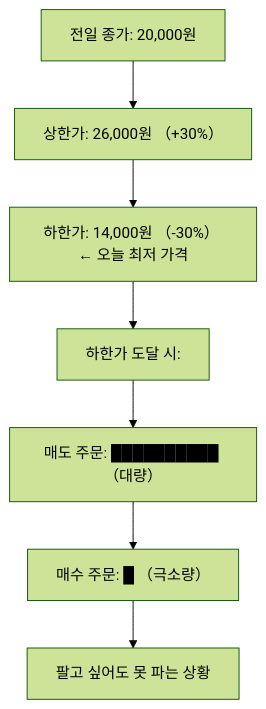
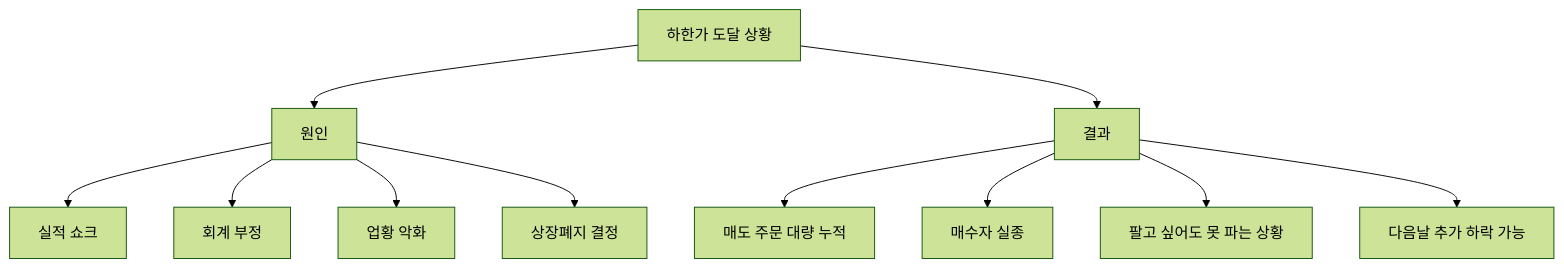
One commit to yeongseon/stock-visual-note changed the diagram in content/stock-terms/ko/level-01-basic/lower-limit.md. Above: the diagram before and after it, drawn with Mermaid (forest theme). The commit also changed other lines of this file and 96 other files, not shown here.

Commit message:
Rewrite all 98 remaining articles: branching Mermaid diagrams, natural search_intent, compelling seo_titles, clean descriptions

````diff
--- a/content/stock-terms/ko/level-01-basic/lower-limit.md
+++ b/content/stock-terms/ko/level-01-basic/lower-limit.md
@@ -52,16 +48,13 @@
 ```mermaid
 graph TD
-    A0["전일 종가: 20,000원"]
-    A1["상한가: 26,000원 （+30%）"]
-    A2["하한가: 14,000원 （-30%） ← 오늘 최저 가격"]
-    A3["하한가 도달 시:"]
-    A4["매도 주문: ██████████ （대량）"]
-    A5["매수 주문: █ （극소량）"]
-    A6["팔고 싶어도 못 파는 상황"]
-    A0 --> A1
-    A1 --> A2
-    A2 --> A3
-    A3 --> A4
-    A4 --> A5
-    A5 --> A6
+    A["하한가 도달 상황"] --> B["원인"]
+    A --> C["결과"]
+    B --> B1["실적 쇼크"]
+    B --> B2["회계 부정"]
+    B --> B3["업황 악화"]
+    B --> B4["상장폐지 결정"]
+    C --> C1["매도 주문 대량 누적"]
+    C --> C2["매수자 실종"]
+    C --> C3["팔고 싶어도 못 파는 상황"]
+    C --> C4["다음날 추가 하락 가능"]
 ```
````
